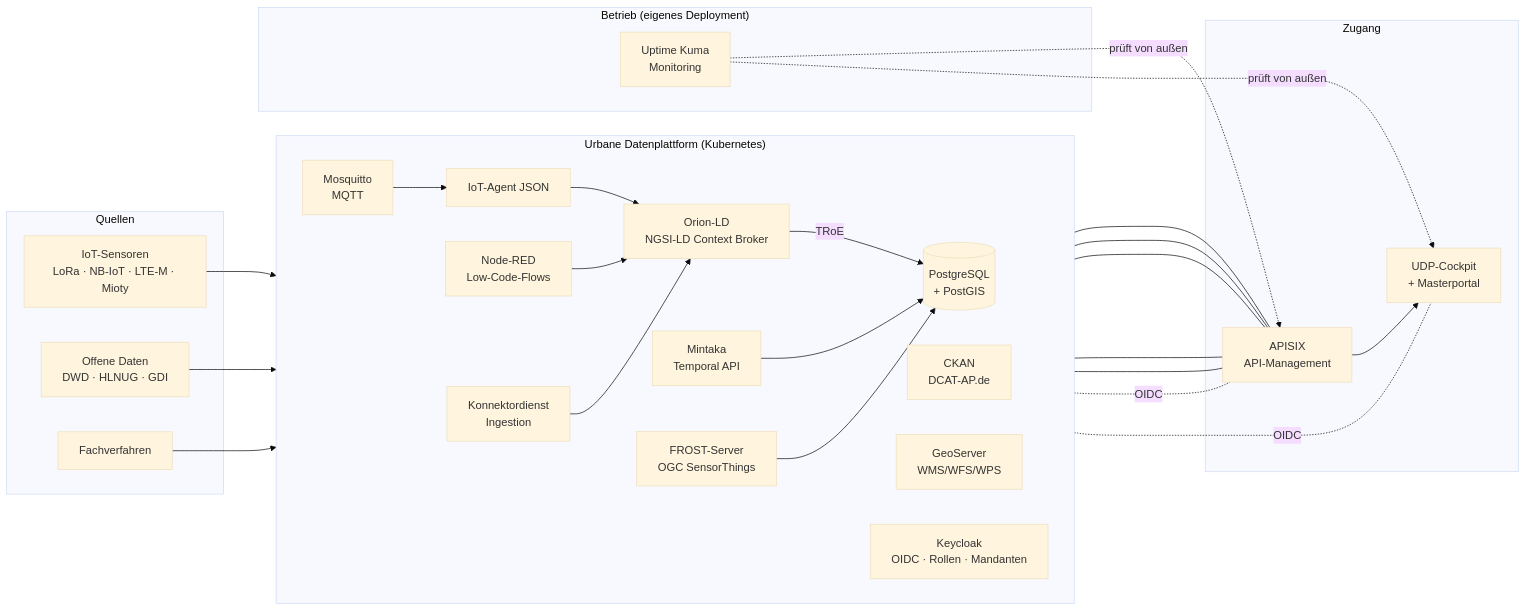
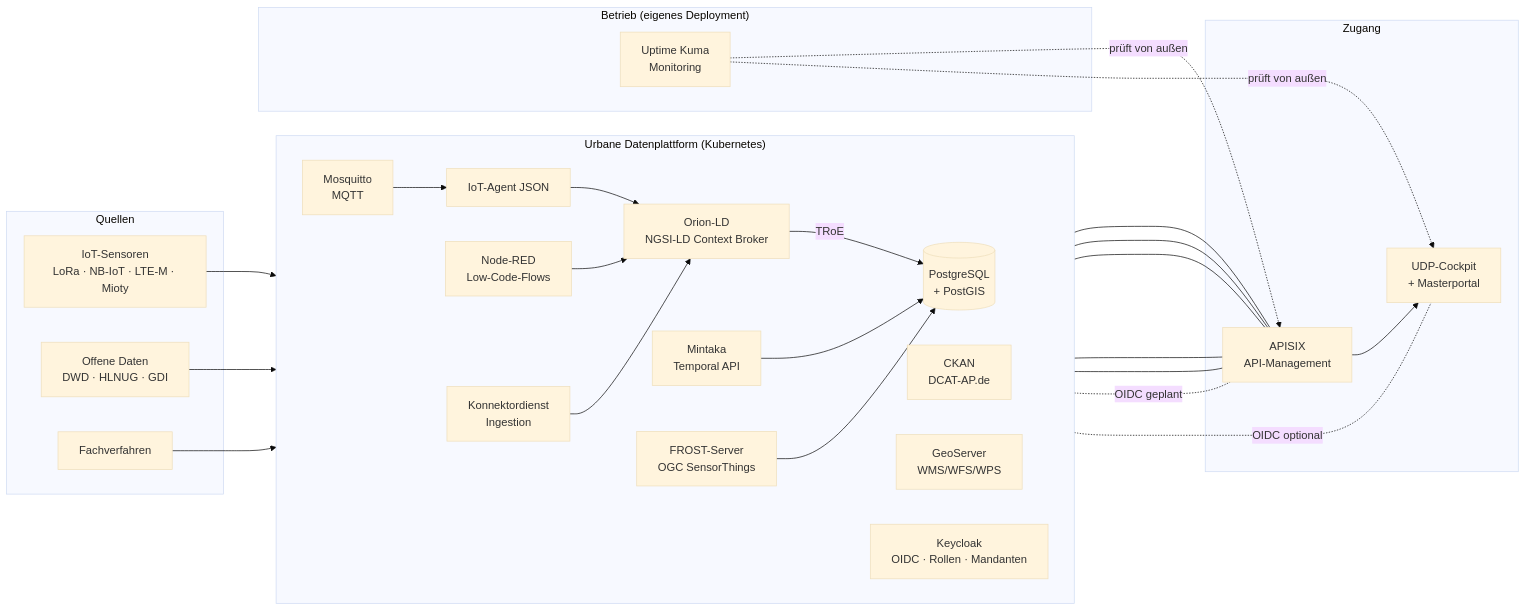
The diagram in README.md (idk-ev/udp_public), drawn with Mermaid (base theme) before and after one commit. The commit also changed other lines of this file and 5 other files, not shown here.

````diff
--- a/README.md
+++ b/README.md
@@ -105,47 +110,47 @@
 ```mermaid
 flowchart LR
   subgraph Quellen
     S1[IoT-Sensoren<br/>LoRa · NB-IoT · LTE-M · Mioty]
     S2[Offene Daten<br/>DWD · HLNUG · GDI]
     S3[Fachverfahren]
   end
 
   subgraph UDP["Urbane Datenplattform (Kubernetes)"]
     direction LR
     MQ[Mosquitto<br/>MQTT] --> IA[IoT-Agent JSON]
     NR[Node-RED<br/>Low-Code-Flows]
     KD[Konnektordienst<br/>Ingestion]
     IA --> CB[Orion-LD<br/>NGSI-LD Context Broker]
     NR --> CB
     KD --> CB
     CB -->|TRoE| TS[(PostgreSQL<br/>+ PostGIS)]
     MI[Mintaka<br/>Temporal API] --> TS
     FR[FROST-Server<br/>OGC SensorThings] --> TS
     CK[CKAN<br/>DCAT-AP.de]
     GS[GeoServer<br/>WMS/WFS/WPS]
     KC[Keycloak<br/>OIDC · Rollen · Mandanten]
   end
 
   subgraph Zugang
     GW[APISIX<br/>API-Management]
     GUI[UDP-Cockpit<br/>+ Masterportal]
   end
 
   subgraph Betrieb["Betrieb (eigenes Deployment)"]
     UK[Uptime Kuma<br/>Monitoring]
   end
 
   S1 --> MQ
   S2 --> KD
   S3 --> NR
   CB --- GW
   MI --- GW
   FR --- GW
   CK --- GW
   GS --- GW
   GW --> GUI
-  KC -. OIDC .- GW
-  KC -. OIDC .- GUI
+  KC -. OIDC geplant .- GW
+  KC -. OIDC optional .- GUI
   UK -. prüft von außen .-> GW
   UK -. prüft von außen .-> GUI
 ```
````
